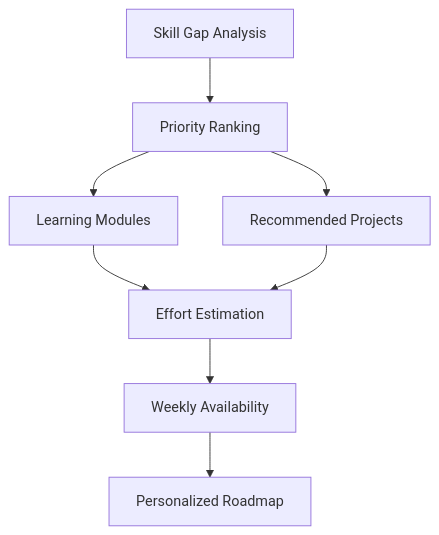
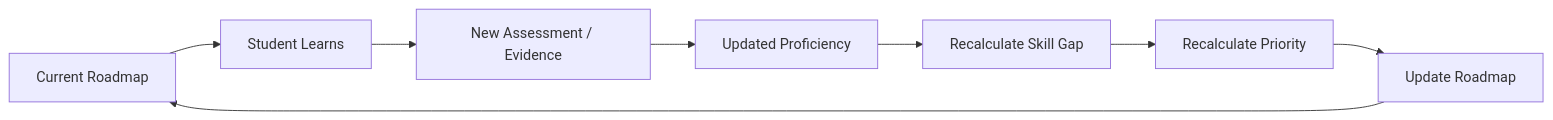
One commit to itsdivyanshuno/gaply-bnb-2026 changed the fourth of 7 diagrams in README.md. Above: the diagram before and after it, drawn with Mermaid. The commit also changed other lines of this file, not shown here.

````diff
--- a/README.md
+++ b/README.md
@@ -213,10 +223,10 @@
 ```mermaid
-flowchart TD
-    A["Skill Gap Analysis"] --> B["Priority Ranking"]
-    B --> C["Learning Modules"]
-    B --> D["Recommended Projects"]
-    C --> E["Effort Estimation"]
-    D --> E
-    E --> F["Weekly Availability"]
-    F --> G["Personalized Roadmap"]
+flowchart LR
+    A[Current Roadmap] --> B[Student Learns]
+    B --> C[New Assessment / Evidence]
+    C --> D[Updated Proficiency]
+    D --> E[Recalculate Skill Gap]
+    E --> F[Recalculate Priority]
+    F --> G[Update Roadmap]
+    G --> A
 ```
````
